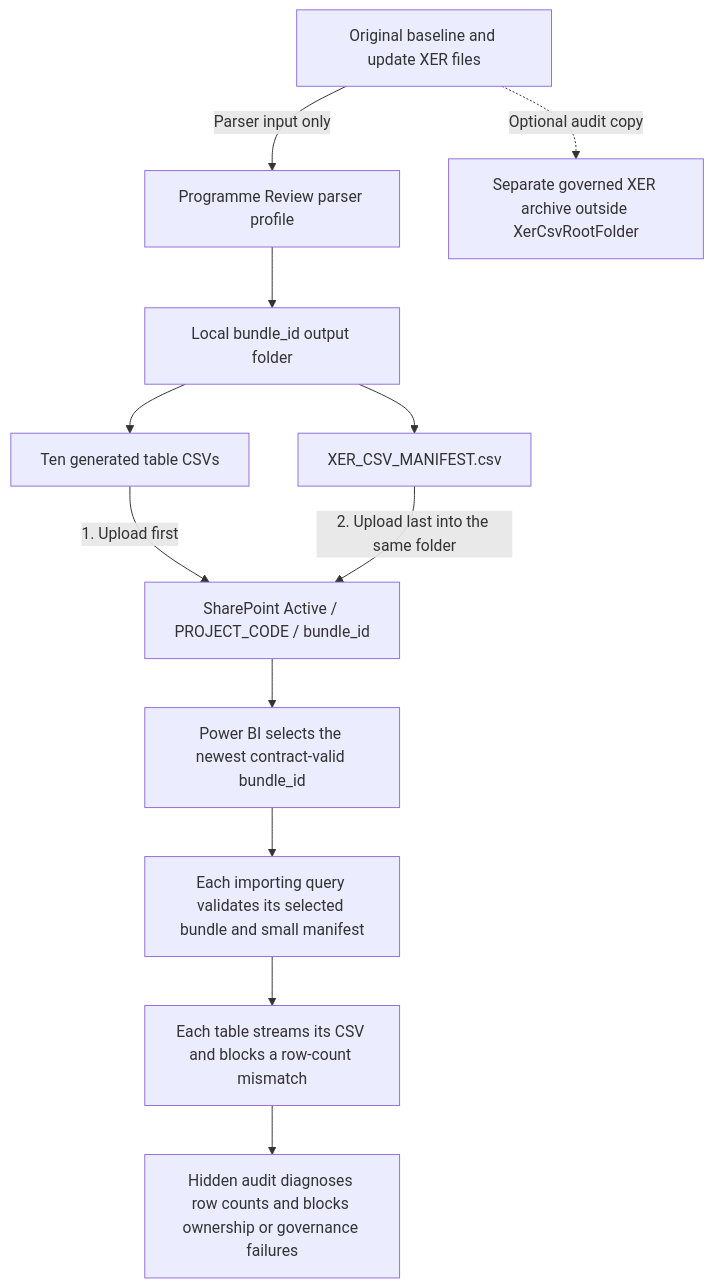
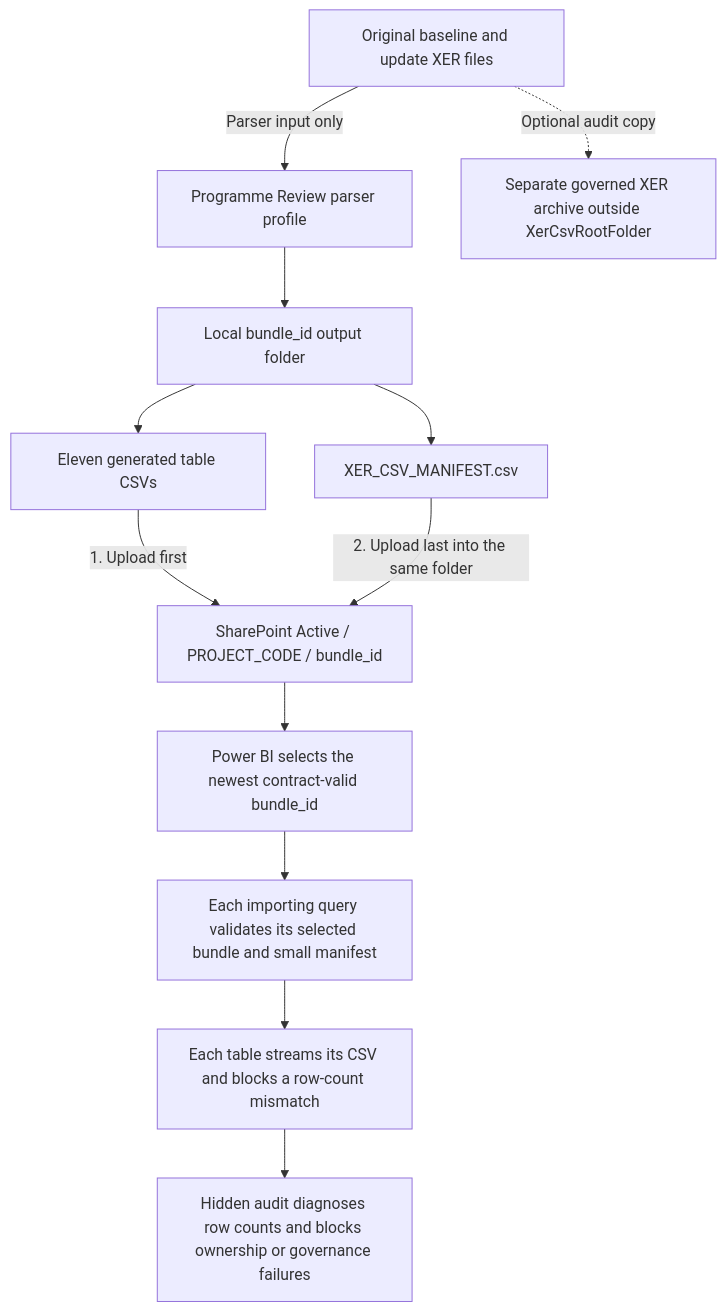
Before and after one commit to raguirre24/Programme-Review: the diagram in SHAREPOINT_CSV_SETUP.md, drawn with Mermaid. The commit also changed other lines of this file and 146 other files, not shown here.

````diff
--- a/SHAREPOINT_CSV_SETUP.md
+++ b/SHAREPOINT_CSV_SETUP.md
@@ -96,14 +96,14 @@
 ```mermaid
 flowchart TD
     A[Original baseline and update XER files] -->|Parser input only| B[Programme Review parser profile]
     B --> C[Local bundle_id output folder]
-    C --> D[Ten generated table CSVs]
+    C --> D[Eleven generated table CSVs]
     C --> E[XER_CSV_MANIFEST.csv]
     D -->|1. Upload first| F[SharePoint Active / PROJECT_CODE / bundle_id]
     E -->|2. Upload last into the same folder| F
     F --> G[Power BI selects the newest contract-valid bundle_id]
     G --> H[Each importing query validates its selected bundle and small manifest]
     H --> J[Each table streams its CSV and blocks a row-count mismatch]
     J --> K[Hidden audit diagnoses row counts and blocks ownership or governance failures]
     A -. Optional audit copy .-> I[Separate governed XER archive outside XerCsvRootFolder]
 ```
````
